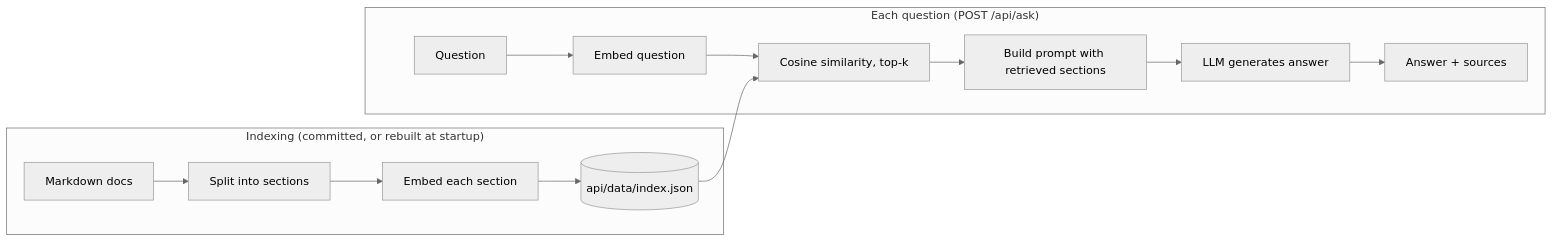
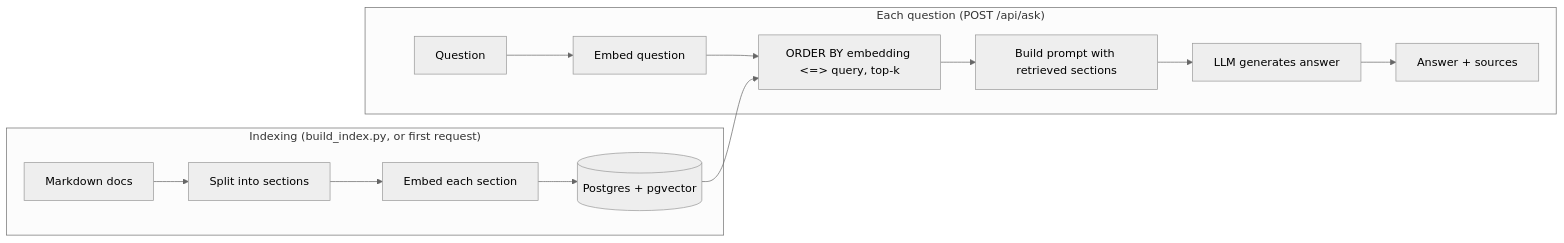
One commit to hoffsilva/rag-zero changed the diagram in README.md. Above: the diagram before and after it, drawn with Mermaid (neutral theme). The commit also changed other lines of this file and 8 other files, not shown here.

First line of the commit message:
Store chunks and embeddings in Postgres with pgvector

````diff
--- a/README.md
+++ b/README.md
@@ -18,11 +18,11 @@
 ```mermaid
 flowchart LR
-    subgraph Indexing["Indexing (committed, or rebuilt at startup)"]
-        D[Markdown docs] --> S[Split into sections] --> E1[Embed each section] --> J[(api/data/index.json)]
+    subgraph Indexing["Indexing (build_index.py, or first request)"]
+        D[Markdown docs] --> S[Split into sections] --> E1[Embed each section] --> J[(Postgres + pgvector)]
     end
     subgraph Query["Each question (POST /api/ask)"]
-        Q[Question] --> E2[Embed question] --> R[Cosine similarity, top-k]
+        Q[Question] --> E2[Embed question] --> R["ORDER BY embedding <=> query, top-k"]
         J --> R
         R --> A[Build prompt with retrieved sections] --> G[LLM generates answer] --> O[Answer + sources]
     end
 ```
````
